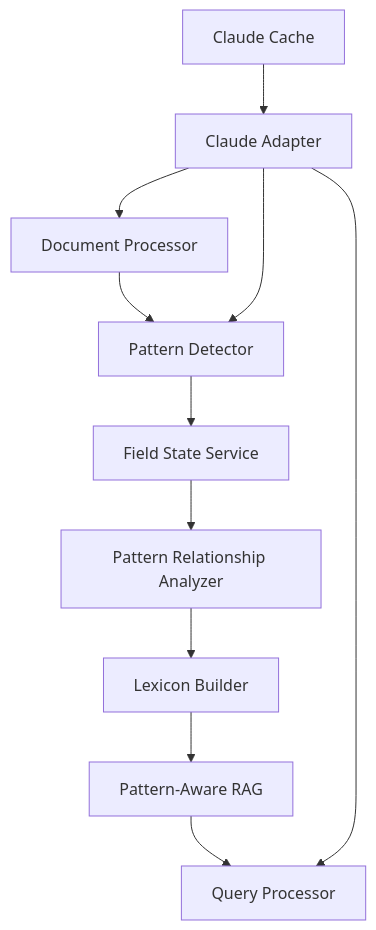
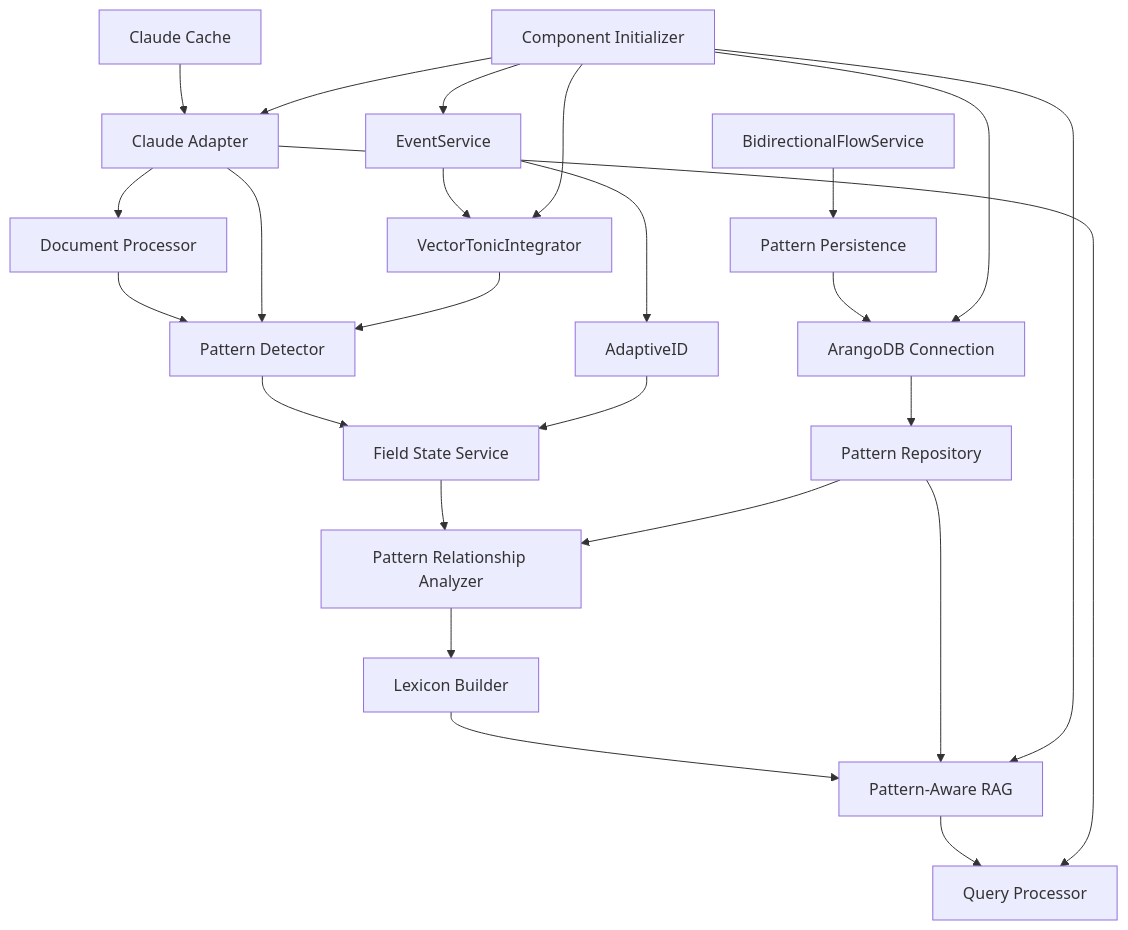
The first of 4 diagrams in docs/green_papers/habitat_evolution_green_paper.md (kokomos-owl/habitat-windsurf), drawn with Mermaid before and after one commit. The commit also changed other lines of this file, not shown here.

````diff
--- a/docs/green_papers/habitat_evolution_green_paper.md
+++ b/docs/green_papers/habitat_evolution_green_paper.md
@@ -71,13 +87,27 @@
 ```mermaid
 flowchart TD
     A[Document Processor] --> B[Pattern Detector]
     B --> C[Field State Service]
     C --> D[Pattern Relationship Analyzer]
     D --> E[Lexicon Builder]
     E --> F[Pattern-Aware RAG]
     F --> G[Query Processor]
     H[Claude Adapter] --> A
     H --> B
     H --> G
     I[Claude Cache] --> H
+    J[ArangoDB Connection] --> K[Pattern Repository]
+    K --> D
+    K --> F
+    L[EventService] --> M[VectorTonicIntegrator]
+    M --> B
+    L --> N[AdaptiveID]
+    N --> C
+    O[BidirectionalFlowService] --> P[Pattern Persistence]
+    P --> J
+    Q[Component Initializer] --> J
+    Q --> L
+    Q --> H
+    Q --> M
+    Q --> F
 ```
````
